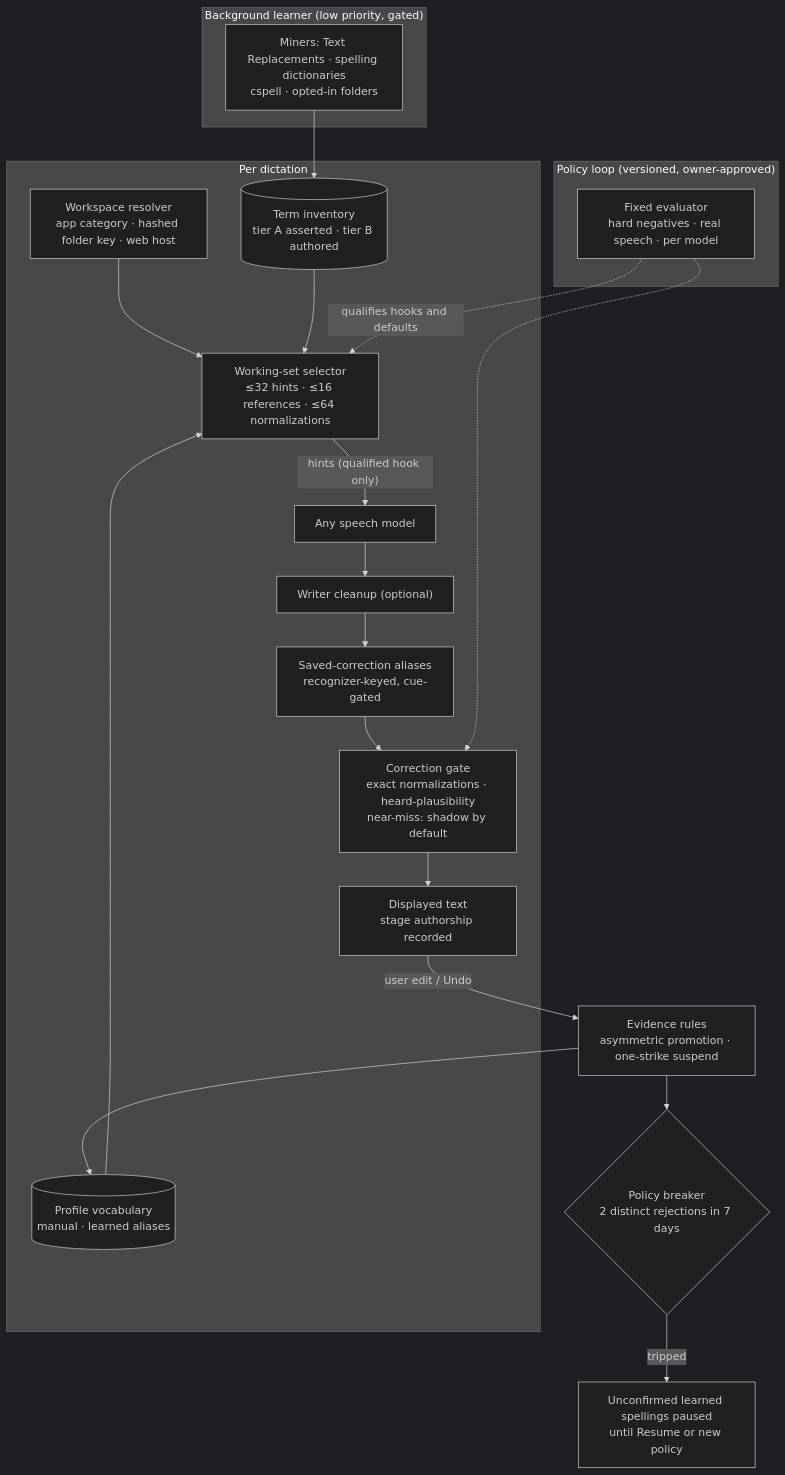
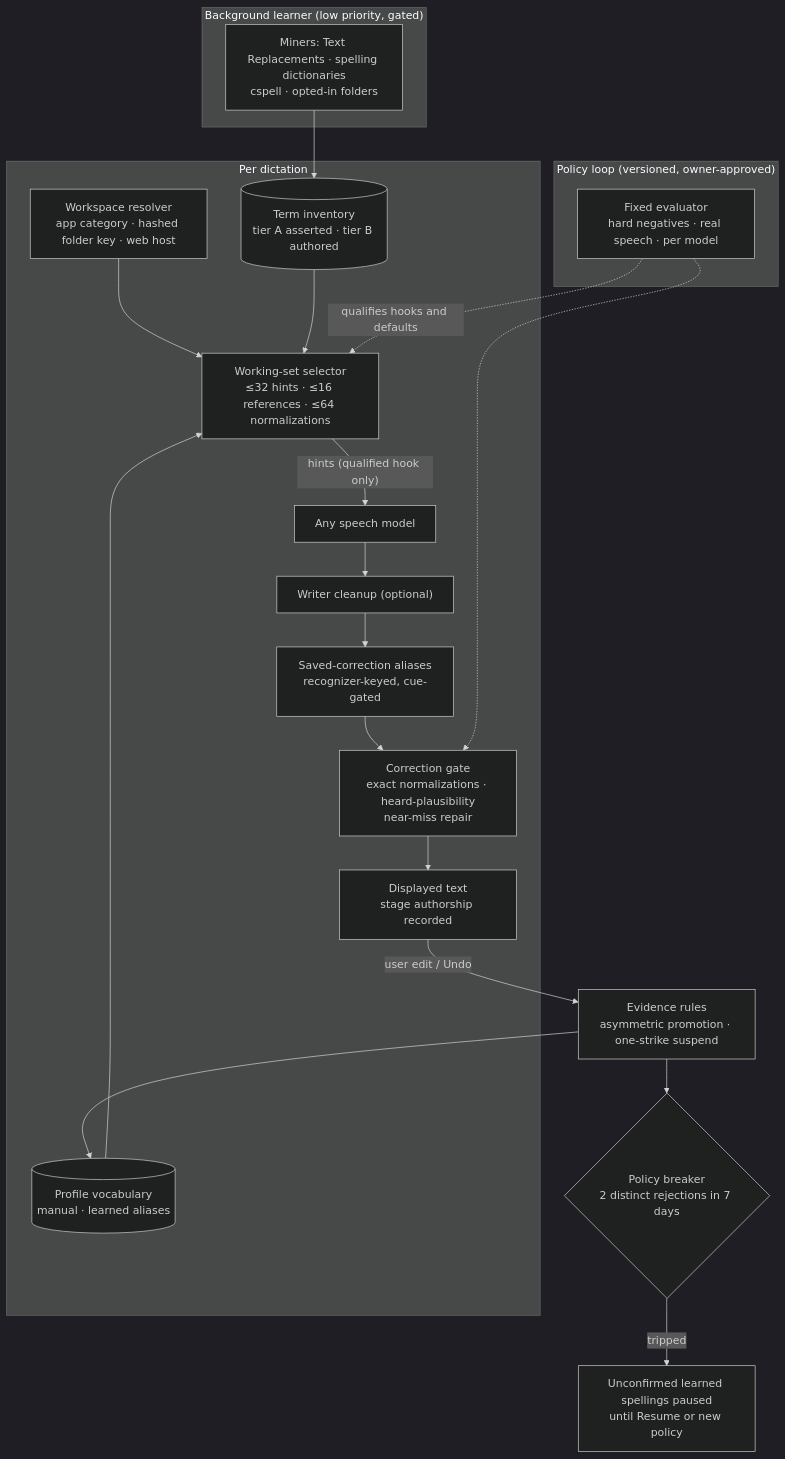
One commit to rahulsharmavishwakarma/vesper changed the diagram in docs/personalization/self-improving-system.md. Above: the diagram before and after it, drawn with Mermaid (dark theme). The commit also changed other lines of this file and 5 other files, not shown here.

First line of the commit message:
feat: apply near-miss repairs after they met the predeclared gate

````diff
--- a/docs/personalization/self-improving-system.md
+++ b/docs/personalization/self-improving-system.md
@@ -18,24 +18,24 @@
 ```mermaid
 flowchart TB
   subgraph Capture["Per dictation"]
     CR["Workspace resolver<br/>app category · hashed folder key · web host"] --> SEL
     INV[("Term inventory<br/>tier A asserted · tier B authored")] --> SEL["Working-set selector<br/>≤32 hints · ≤16 references · ≤64 normalizations"]
     VOC[("Profile vocabulary<br/>manual · learned aliases")] --> SEL
     SEL -->|"hints (qualified hook only)"| ASR["Any speech model"]
     ASR --> CL["Writer cleanup (optional)"]
     CL --> AL["Saved-correction aliases<br/>recognizer-keyed, cue-gated"]
-    AL --> G["Correction gate<br/>exact normalizations · heard-plausibility<br/>near-miss: shadow by default"]
+    AL --> G["Correction gate<br/>exact normalizations · heard-plausibility<br/>near-miss repair"]
     G --> OUT["Displayed text<br/>stage authorship recorded"]
   end
   OUT -->|"user edit / Undo"| EV["Evidence rules<br/>asymmetric promotion · one-strike suspend"]
   EV --> BRK{"Policy breaker<br/>2 distinct rejections in 7 days"}
   BRK -->|tripped| PAUSE["Unconfirmed learned spellings paused<br/>until Resume or new policy"]
   EV --> VOC
   subgraph Background["Background learner (low priority, gated)"]
     MINE["Miners: Text Replacements · spelling dictionaries<br/>cspell · opted-in folders"] --> INV
   end
   subgraph Offline["Policy loop (versioned, owner-approved)"]
     EVAL["Fixed evaluator<br/>hard negatives · real speech · per model"] -.->|"qualifies hooks and defaults"| SEL
     EVAL -.-> G
   end
 ```
````
